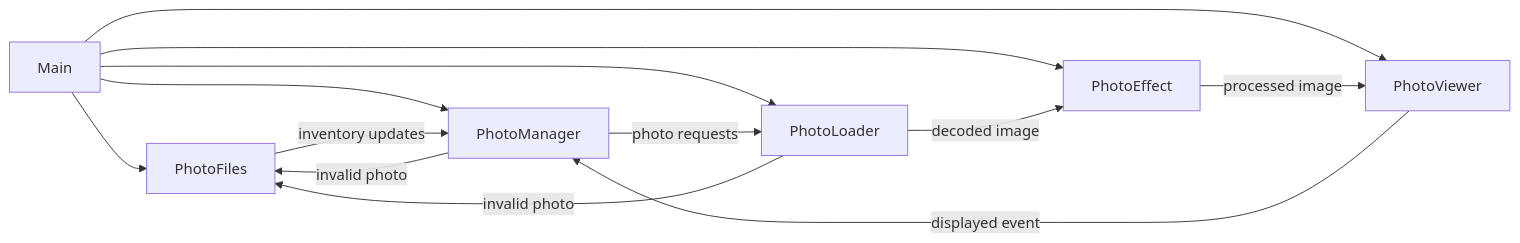
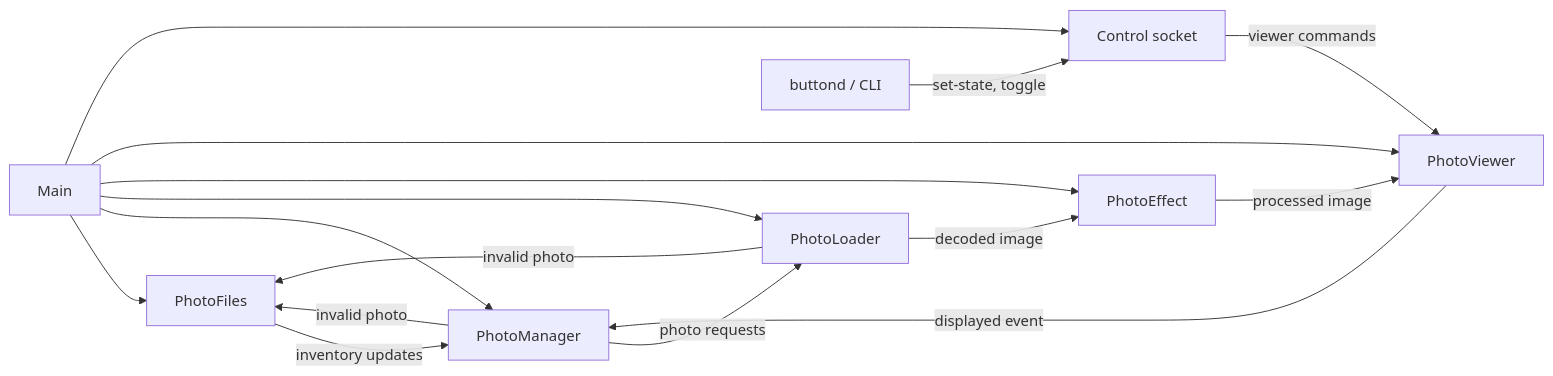
One commit to vincentl/rust-photo-frame changed the diagram in README.md. Above: the diagram before and after it, drawn with Mermaid. The commit also changed other lines of this file, not shown here.

Commit message:
docs: make architecture diagram faithful to v1.0 (add control socket)
The How it works mermaid showed only the five photo-pipeline tasks. v1.0 also spawns a Unix control-socket task that forwards set-state / toggle-state commands (from buttond and the CLI) to the viewer. Add that node and its edges, and update the surrounding text to match.

````diff
--- a/README.md
+++ b/README.md
@@ -105,16 +105,20 @@
 ```mermaid
 flowchart LR
   MAIN[Main] --> FILES[PhotoFiles]
   MAIN --> MAN[PhotoManager]
   MAIN --> LOAD[PhotoLoader]
   MAIN --> AFFECT[PhotoEffect]
   MAIN --> VIEW[PhotoViewer]
+  MAIN --> CTRL[Control socket]
 
   FILES -->|inventory updates| MAN
   MAN -->|invalid photo| FILES
   MAN -->|photo requests| LOAD
   LOAD -->|decoded image| AFFECT
   AFFECT -->|processed image| VIEW
   LOAD -->|invalid photo| FILES
   VIEW -->|displayed event| MAN
+
+  BUTTOND[buttond / CLI] -->|set-state, toggle| CTRL
+  CTRL -->|viewer commands| VIEW
 ```
````
